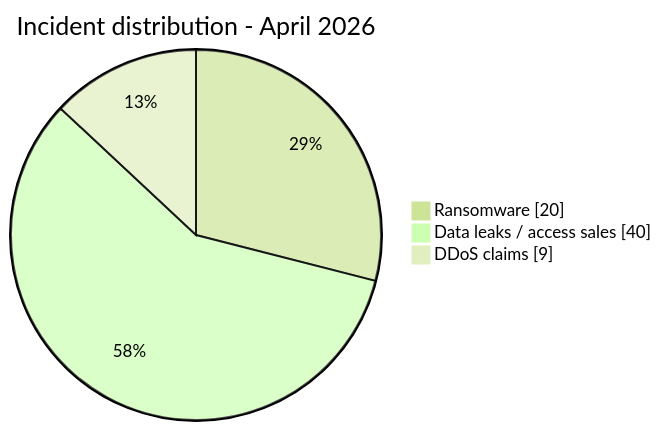
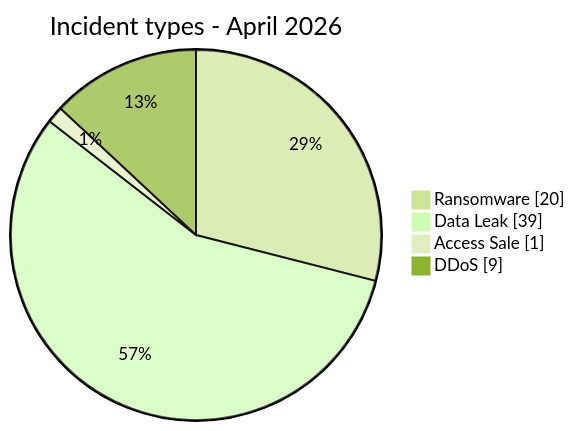
The first of 7 diagrams in CyberAttackAfrica/2026/04-april/README.md (Hatchepsoute/AFRINTEL), drawn with Mermaid (forest theme) before and after one commit. The commit also changed other lines of this file and 45 other files, not shown here.

````diff
--- a/CyberAttackAfrica/2026/04-april/README.md
+++ b/CyberAttackAfrica/2026/04-april/README.md
@@ -80,7 +71,8 @@
 ```mermaid
 pie showData
-    title Incident distribution - April 2026
+    title Incident types - April 2026
     "Ransomware" : 20
-    "Data leaks / access sales" : 40
-    "DDoS claims" : 9
+    "Data Leak" : 39
+    "Access Sale" : 1
+    "DDoS" : 9
 ```
````
